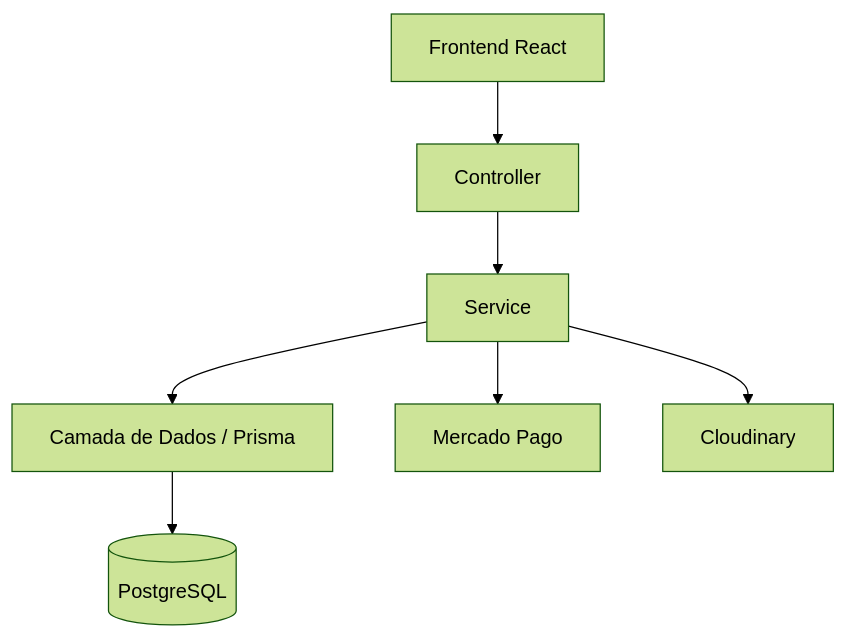
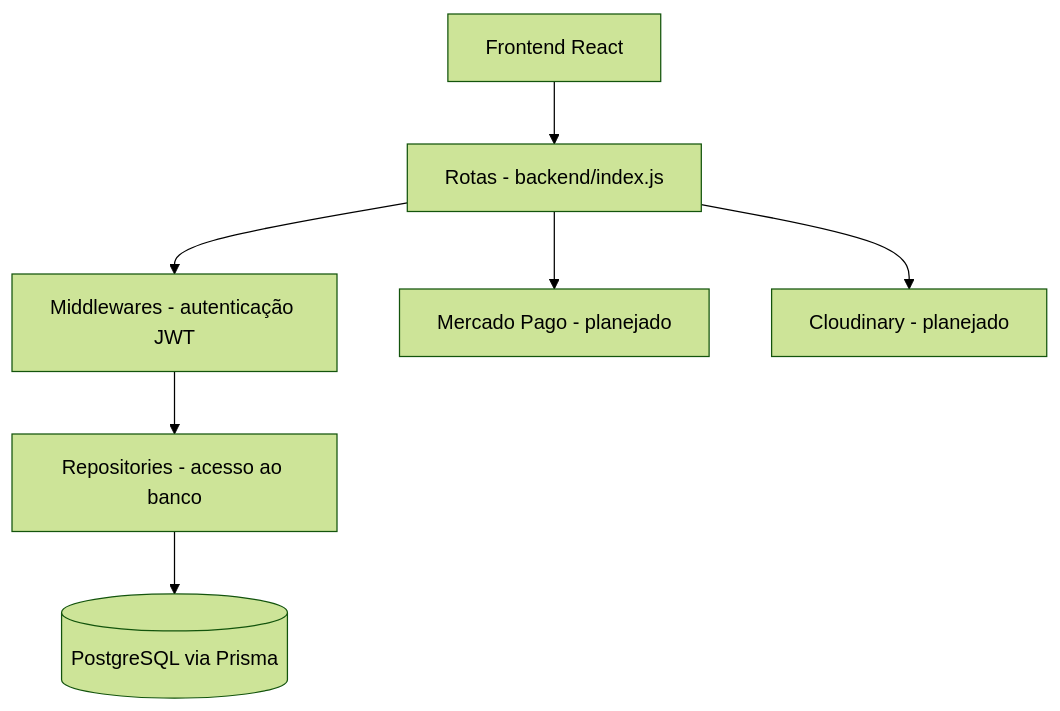
One commit to Jaqueline-BCO-97/Gestao-de-Obras changed the second of 3 diagrams in README.md. Above: the diagram before and after it, drawn with Mermaid (forest theme). The commit also changed other lines of this file, not shown here.

````diff
--- a/README.md
+++ b/README.md
@@ -138,9 +122,9 @@
 ```mermaid
 flowchart TD
-    UI[Frontend React] --> Controller
-    Controller --> Service
-    Service --> Data[Camada de Dados / Prisma]
-    Data --> Database[(PostgreSQL)]
-    Service --> Payment[Mercado Pago]
-    Service --> Storage[Cloudinary]
+    UI[Frontend React] --> Routes[Rotas - backend/index.js]
+    Routes --> Middlewares[Middlewares - autenticação JWT]
+    Middlewares --> Repo[Repositories - acesso ao banco]
+    Repo --> Data[(PostgreSQL via Prisma)]
+    Routes --> Payment[Mercado Pago - planejado]
+    Routes --> Storage[Cloudinary - planejado]
 ```
````
